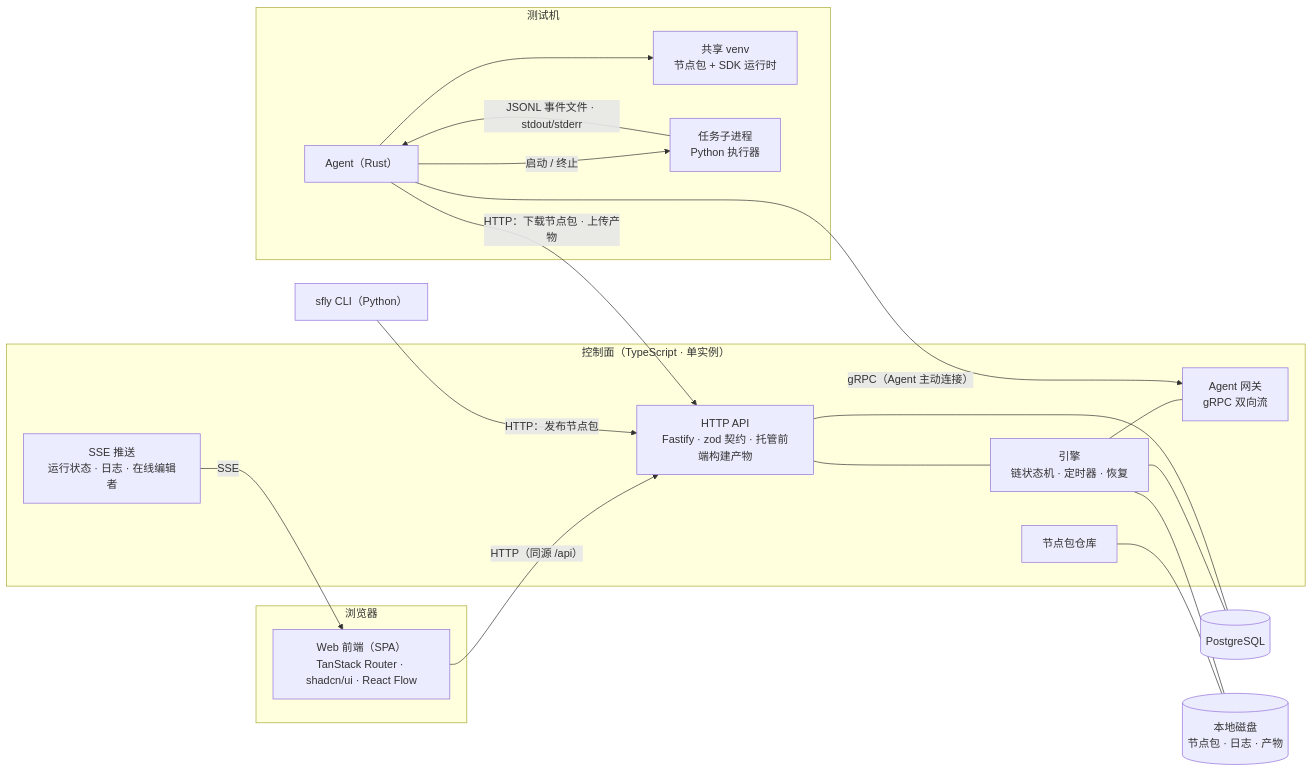
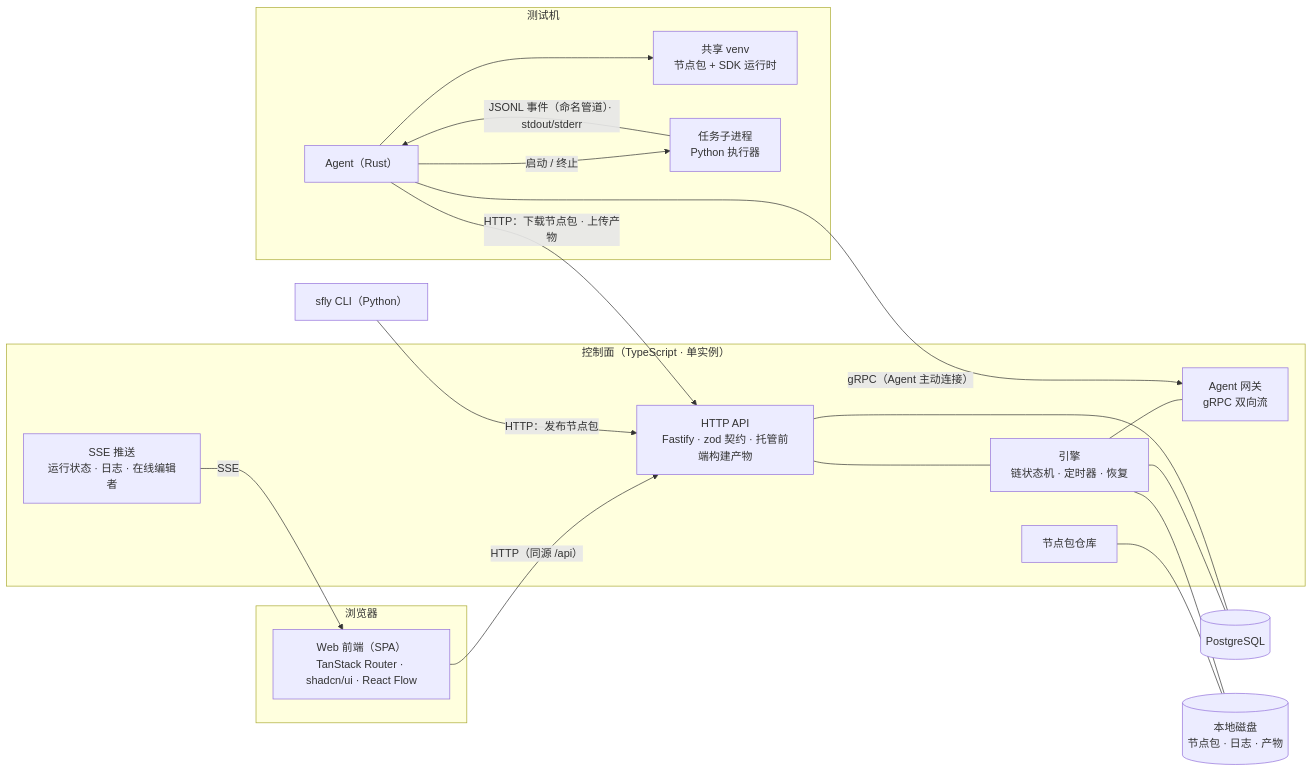
The first of 2 diagrams in docs/ARCHITECTURE.md (x7yue/sfly), drawn with Mermaid before and after one commit. The commit also changed other lines of this file and 3 other files, not shown here.

````diff
--- a/docs/ARCHITECTURE.md
+++ b/docs/ARCHITECTURE.md
@@ -35,36 +35,36 @@
 ```mermaid
 flowchart LR
   subgraph Browser["浏览器"]
     WEB["Web 前端（SPA）<br/>TanStack Router · shadcn/ui · React Flow"]
   end
   subgraph CP["控制面（TypeScript · 单实例）"]
     API["HTTP API<br/>Fastify · zod 契约 · 托管前端构建产物"]
     SSE["SSE 推送<br/>运行状态 · 日志 · 在线编辑者"]
     ENG["引擎<br/>链状态机 · 定时器 · 恢复"]
     GW["Agent 网关<br/>gRPC 双向流"]
     REPO["节点包仓库"]
   end
   PG[("PostgreSQL")]
   DISK[("本地磁盘<br/>节点包 · 日志 · 产物")]
   subgraph Host["测试机"]
     AG["Agent（Rust）"]
     VENV["共享 venv<br/>节点包 + SDK 运行时"]
     PROC["任务子进程<br/>Python 执行器"]
   end
   CLI["sfly CLI（Python）"]
 
   WEB -- "HTTP（同源 /api）" --> API
   SSE -- SSE --> WEB
   API --- ENG
   ENG --- GW
   ENG --- PG
   API --- PG
   REPO --- DISK
   ENG --- DISK
   AG -- "gRPC（Agent 主动连接）" --> GW
   AG -- "HTTP：下载节点包 · 上传产物" --> API
   AG --> VENV
   AG -- "启动 / 终止" --> PROC
-  PROC -- "JSONL 事件文件 · stdout/stderr" --> AG
+  PROC -- "JSONL 事件（命名管道）· stdout/stderr" --> AG
   CLI -- "HTTP：发布节点包" --> API
 ```
````
